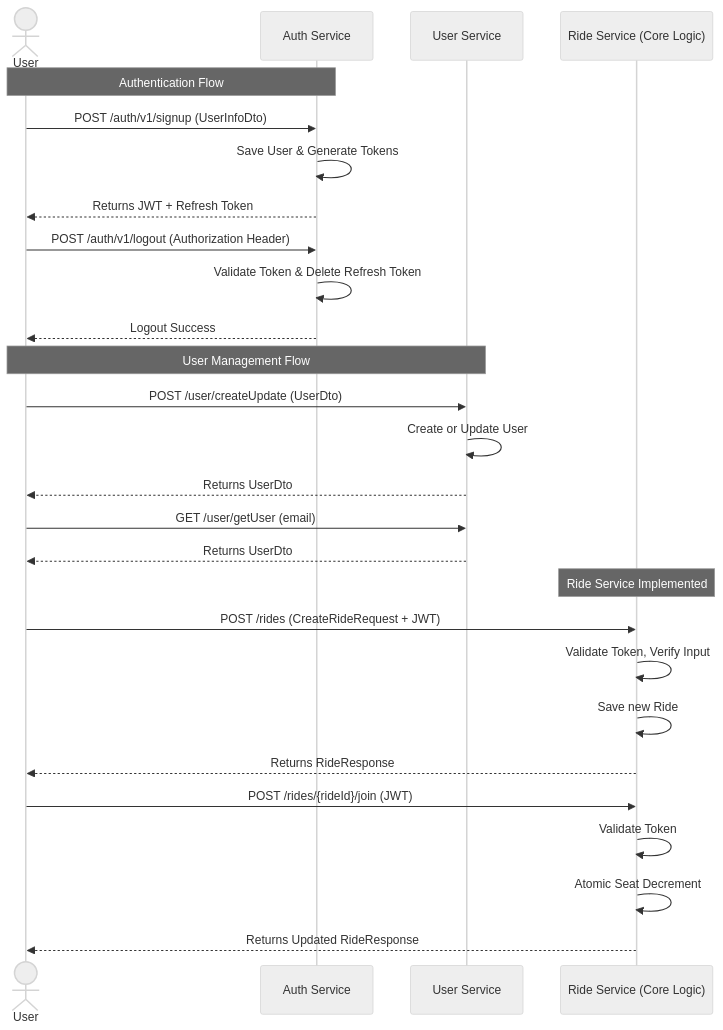
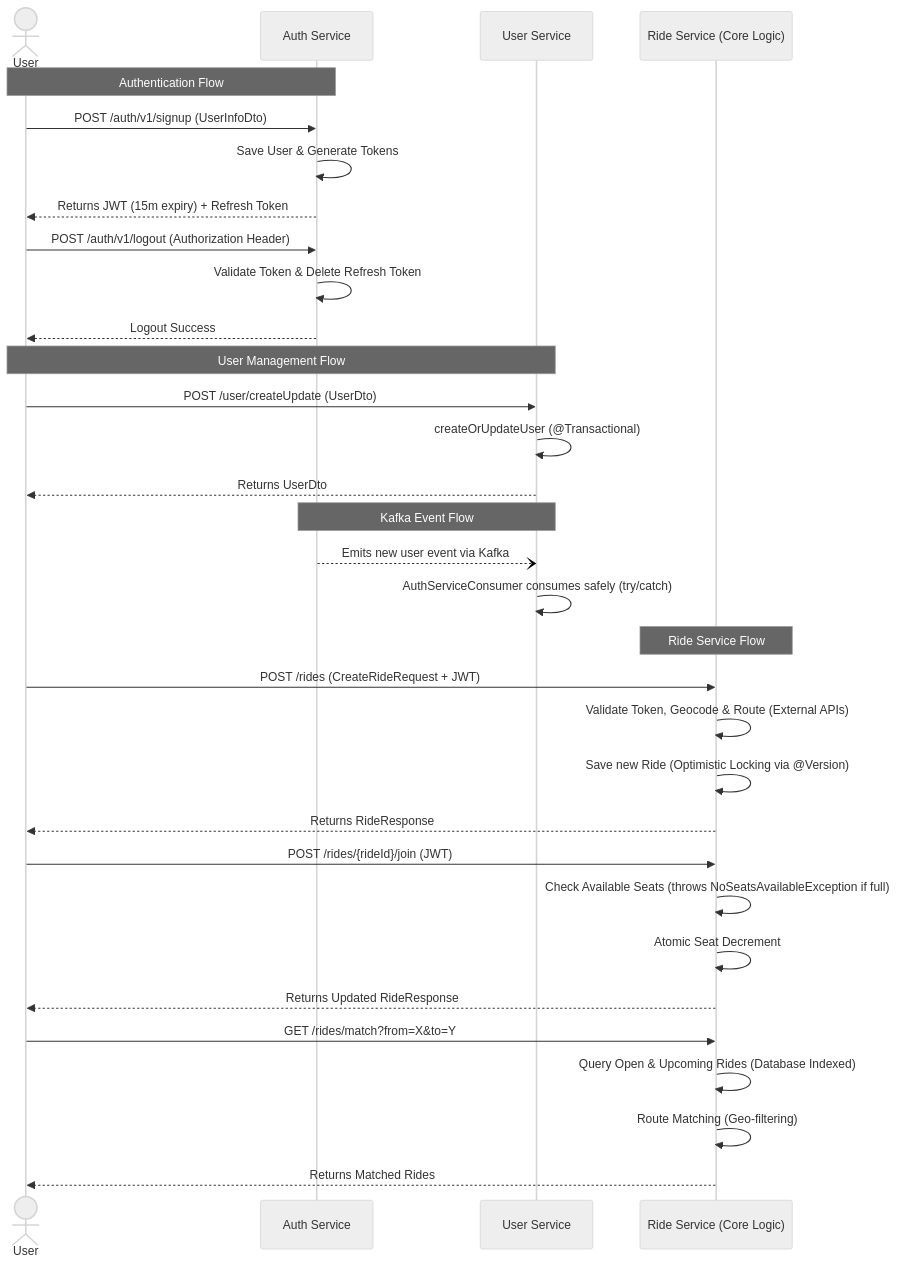
Before and after one commit to Arnav05-cyber/Cabit: the diagram in README.md, drawn with Mermaid (neutral theme). The commit also changed other lines of this file and 15 other files, not shown here.

Commit message:
refactor: apply security, concurrency, and architecture improvements

````diff
--- a/README.md
+++ b/README.md
@@ -30,35 +30,41 @@
 ```mermaid
 sequenceDiagram
     actor User
     participant Auth as Auth Service
     participant UserSvc as User Service
     participant Ride as Ride Service (Core Logic)
 
     Note over User, Auth: Authentication Flow
     User->>Auth: POST /auth/v1/signup (UserInfoDto)
     Auth->>Auth: Save User & Generate Tokens
-    Auth-->>User: Returns JWT + Refresh Token
+    Auth-->>User: Returns JWT (15m expiry) + Refresh Token
 
     User->>Auth: POST /auth/v1/logout (Authorization Header)
     Auth->>Auth: Validate Token & Delete Refresh Token
     Auth-->>User: Logout Success
 
     Note over User, UserSvc: User Management Flow
     User->>UserSvc: POST /user/createUpdate (UserDto)
-    UserSvc->>UserSvc: Create or Update User
+    UserSvc->>UserSvc: createOrUpdateUser (@Transactional)
     UserSvc-->>User: Returns UserDto
+    
+    Note over Auth, UserSvc: Kafka Event Flow
+    Auth--)UserSvc: Emits new user event via Kafka
+    UserSvc->>UserSvc: AuthServiceConsumer consumes safely (try/catch)
 
-    User->>UserSvc: GET /user/getUser (email)
-    UserSvc-->>User: Returns UserDto
-
-    Note over Ride: Ride Service Implemented
+    Note over Ride: Ride Service Flow
     User->>Ride: POST /rides (CreateRideRequest + JWT)
-    Ride->>Ride: Validate Token, Verify Input
-    Ride->>Ride: Save new Ride
+    Ride->>Ride: Validate Token, Geocode & Route (External APIs)
+    Ride->>Ride: Save new Ride (Optimistic Locking via @Version)
     Ride-->>User: Returns RideResponse
 
     User->>Ride: POST /rides/{rideId}/join (JWT)
-    Ride->>Ride: Validate Token
+    Ride->>Ride: Check Available Seats (throws NoSeatsAvailableException if full)
     Ride->>Ride: Atomic Seat Decrement
     Ride-->>User: Returns Updated RideResponse
+    
+    User->>Ride: GET /rides/match?from=X&to=Y
+    Ride->>Ride: Query Open & Upcoming Rides (Database Indexed)
+    Ride->>Ride: Route Matching (Geo-filtering)
+    Ride-->>User: Returns Matched Rides
 ```
````
